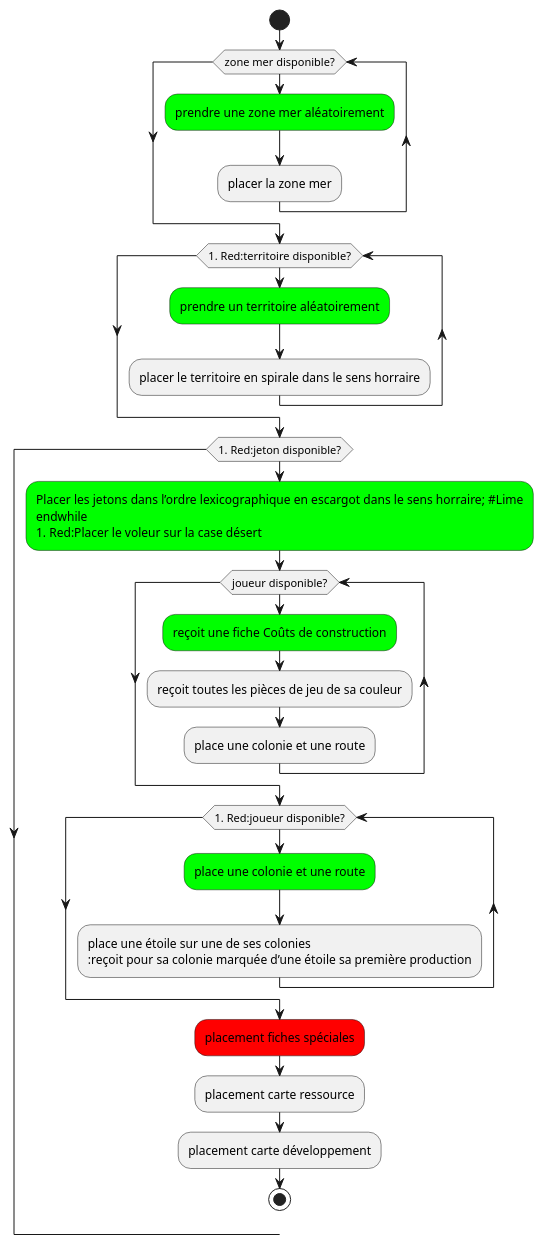
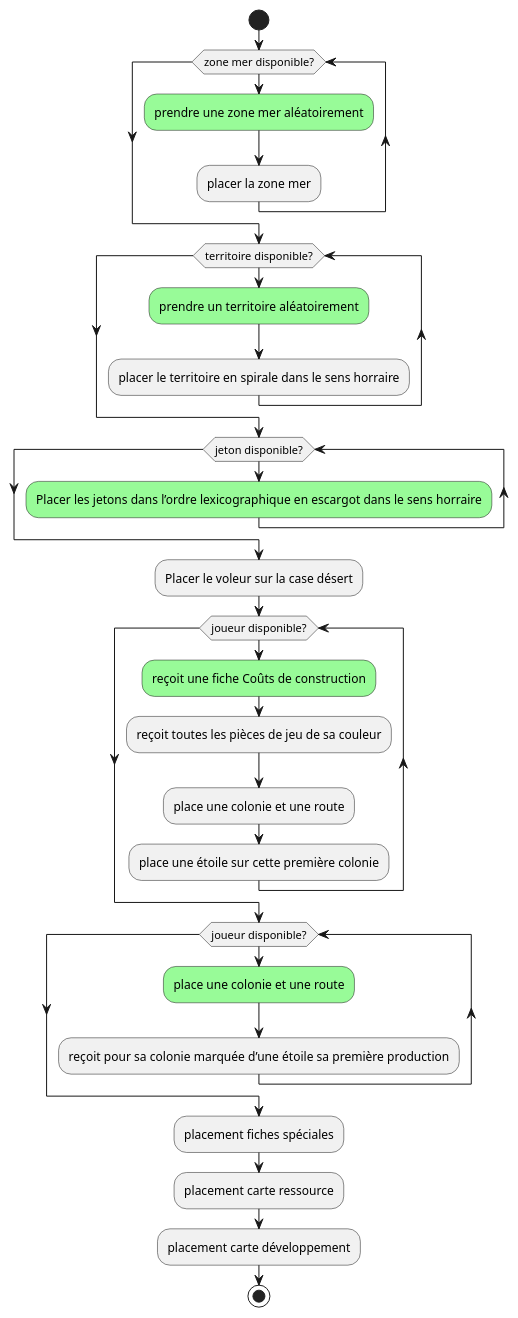
The diagram in catan-doc/modules/analyse/partials/ImplementationActivityDiagramCatan.puml (Bobinho44/PROJET_OOAD_M1), drawn with PlantUML before and after one commit.

Commit message:
ImplementationActivityDiagramCatan.puml final update

```diff
--- a/catan-doc/modules/analyse/partials/ImplementationActivityDiagramCatan.puml
+++ b/catan-doc/modules/analyse/partials/ImplementationActivityDiagramCatan.puml
@@ -1,29 +1,29 @@
 @startuml
 start
 while (zone mer disponible?)
-  #Lime:prendre une zone mer aléatoirement;
+  #PaleGreen:prendre une zone mer aléatoirement;
   :placer la zone mer;
 endwhile
-while (#Red:territoire disponible?)
-  #Lime:prendre un territoire aléatoirement;
+while (territoire disponible?)
+  #PaleGreen:prendre un territoire aléatoirement;
   :placer le territoire en spirale dans le sens horraire;
 endwhile
-while (#Red:jeton disponible?)
-  #Lime:Placer les jetons dans l’ordre lexicographique en escargot dans le sens horraire; #Lime
+while (jeton disponible?)
+  #PaleGreen:Placer les jetons dans l’ordre lexicographique en escargot dans le sens horraire;
 endwhile
-#Red:Placer le voleur sur la case désert;
+:Placer le voleur sur la case désert;
 while (joueur disponible?)
-  #Lime:reçoit une fiche Coûts de construction;
+  #PaleGreen:reçoit une fiche Coûts de construction;
   :reçoit toutes les pièces de jeu de sa couleur;
   :place une colonie et une route;
+  :place une étoile sur cette première colonie;
 endwhile
-while (#Red:joueur disponible?)
-  #Lime:place une colonie et une route;
-  :place une étoile sur une de ses colonies
+while (joueur disponible?)
+  #PaleGreen:place une colonie et une route;
   :reçoit pour sa colonie marquée d’une étoile sa première production;
 endwhile
-#Red:placement fiches spéciales;
+:placement fiches spéciales;
 :placement carte ressource;
 :placement carte développement;
 stop
 @enduml
```
